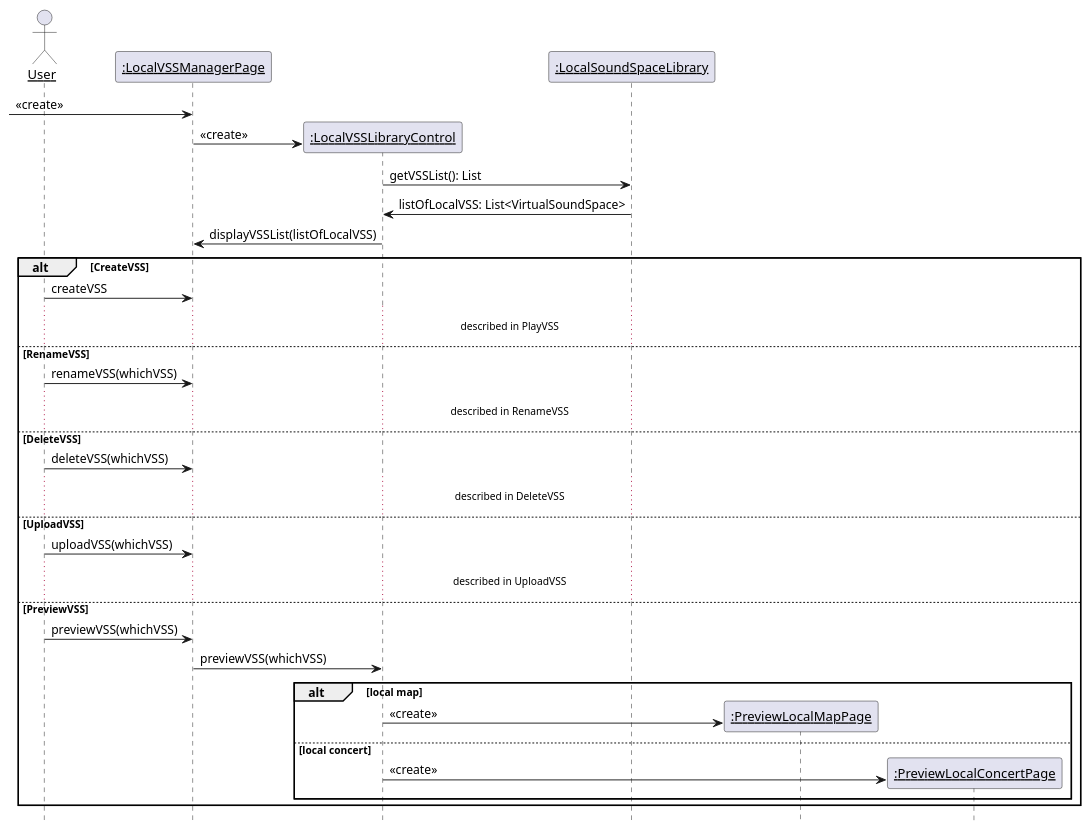
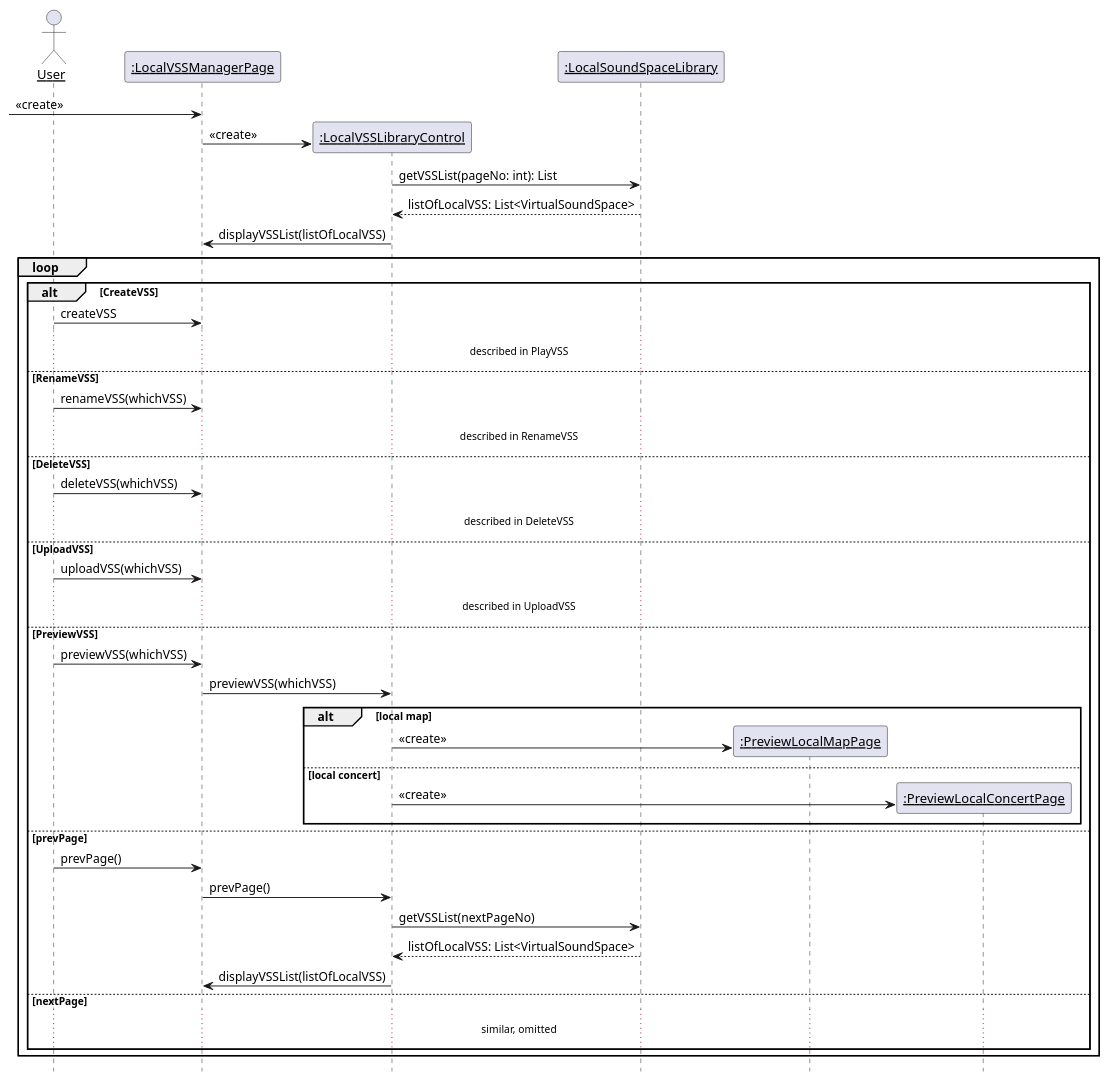
One commit to kpp19920121/doc changed the third of 21 diagrams in 需求定义和分析/SeqDiagram.md. Above: the diagram before and after it, drawn with PlantUML. The commit also changed other lines of this file and 22 other files, not shown here.

````diff
--- a/需求定义和分析/SeqDiagram.md
+++ b/需求定义和分析/SeqDiagram.md
@@ -138,47 +171,56 @@
 ```PlantUML
 @startuml ManageLocalVSSLibrary
 hide footbox
 skinparam sequenceParticipant underline
 
 actor User as user
 participant ":LocalVSSManagerPage" as boundary
 participant ":LocalVSSLibraryControl" as control
 participant ":LocalSoundSpaceLibrary" as library
 
 create boundary
 [-> boundary: <<create>>
 create control
 boundary -> control: <<create>>
-control -> library: getVSSList(): List
-library -> control: listOfLocalVSS: List<VirtualSoundSpace>
+control -> library: getVSSList(pageNo: int): List
+library --> control: listOfLocalVSS: List<VirtualSoundSpace>
 control -> boundary: displayVSSList(listOfLocalVSS)
 
+loop
+    alt CreateVSS
+        user -> boundary: createVSS
+        ...described in PlayVSS...
+    else RenameVSS
+        user -> boundary: renameVSS(whichVSS)
+        ...described in RenameVSS...
+    else DeleteVSS
+        user -> boundary: deleteVSS(whichVSS)
+        ...described in DeleteVSS...
+    else UploadVSS
+        user -> boundary: uploadVSS(whichVSS)
+        ...described in UploadVSS...
+    else PreviewVSS
+        user -> boundary: previewVSS(whichVSS)
+        boundary -> control: previewVSS(whichVSS)
+        alt local map
+            participant ":PreviewLocalMapPage" as plmp
+            create plmp
+            control -> plmp: <<create>>
 
-alt CreateVSS
-    user -> boundary: createVSS
-    ...described in PlayVSS...
-else RenameVSS
-    user -> boundary: renameVSS(whichVSS)
-    ...described in RenameVSS...
-else DeleteVSS
-    user -> boundary: deleteVSS(whichVSS)
-    ...described in DeleteVSS...
-else UploadVSS
-    user -> boundary: uploadVSS(whichVSS)
-    ...described in UploadVSS...
-else PreviewVSS
-    user -> boundary: previewVSS(whichVSS)
-    boundary -> control: previewVSS(whichVSS)
-    alt local map
-        participant ":PreviewLocalMapPage" as plmp
-        create plmp
-        control -> plmp: <<create>>
-
-    else local concert
-        participant ":PreviewLocalConcertPage" as plcp
-        create plcp
-        control -> plcp: <<create>>
+        else local concert
+            participant ":PreviewLocalConcertPage" as plcp
+            create plcp
+            control -> plcp: <<create>>
+        end
+    else prevPage
+        user -> boundary: prevPage()
+        boundary -> control: prevPage()
+        control -> library: getVSSList(nextPageNo)
+        library --> control: listOfLocalVSS: List<VirtualSoundSpace>
+        control -> boundary: displayVSSList(listOfLocalVSS)
+    else nextPage
+    ...similar, omitted...
     end
 end
 @enduml
 ```
````
